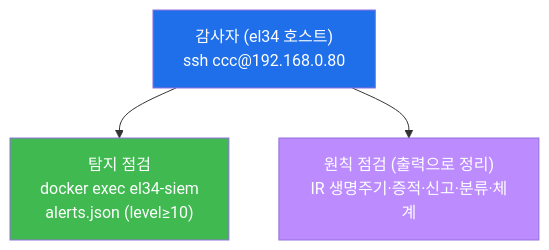
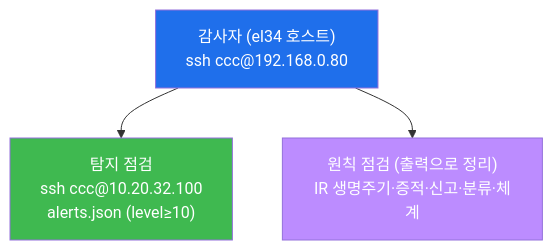
The eighth of 11 diagrams in contents/training/compliance/lecture_week11.md (mrgrit/tw2), drawn with Mermaid before and after one commit. The commit also changed other lines of this file and 29 other files, not shown here.

````diff
--- a/contents/training/compliance/lecture_week11.md
+++ b/contents/training/compliance/lecture_week11.md
@@ -466,11 +466,11 @@
 ```mermaid
 graph TD
     HOST["감사자 (el34 호스트)<br/>ssh ccc@192.168.0.80"]
-    SIEM["탐지 점검<br/>docker exec el34-siem<br/>alerts.json (level≥10)"]
+    SIEM["탐지 점검<br/>ssh ccc@10.20.32.100<br/>alerts.json (level≥10)"]
     PROC["원칙 점검 (출력으로 정리)<br/>IR 생명주기·증적·신고·분류·체계"]
     HOST --> SIEM
     HOST --> PROC
     style HOST fill:#1f6feb,color:#fff
     style SIEM fill:#3fb950,color:#fff
     style PROC fill:#bc8cff,color:#fff
 ```
````
